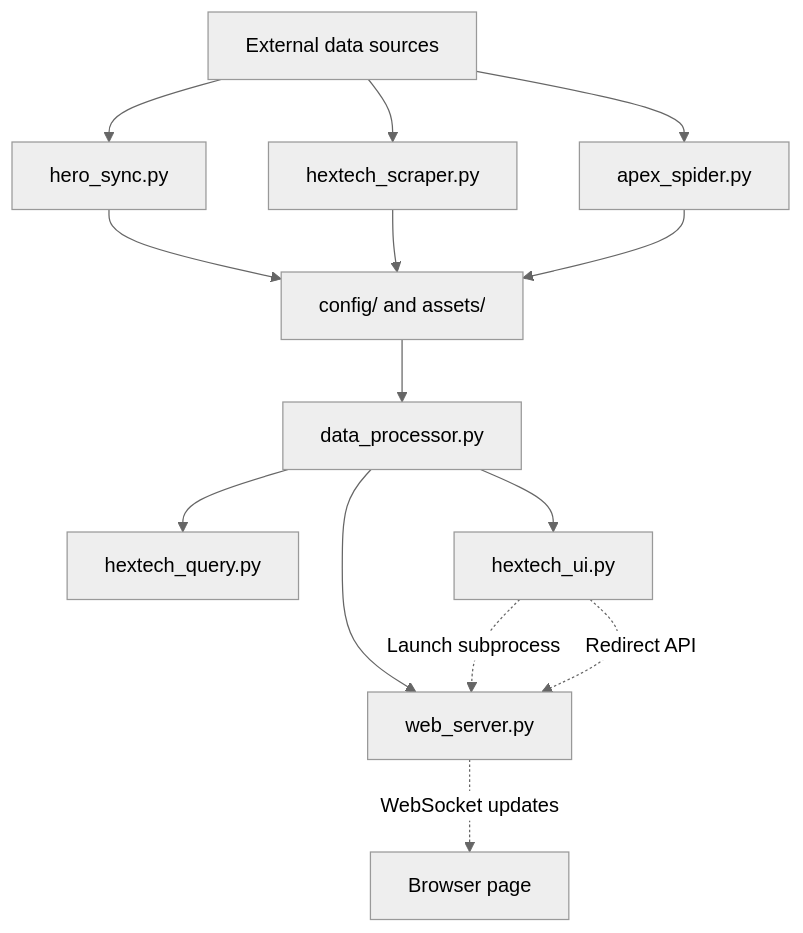
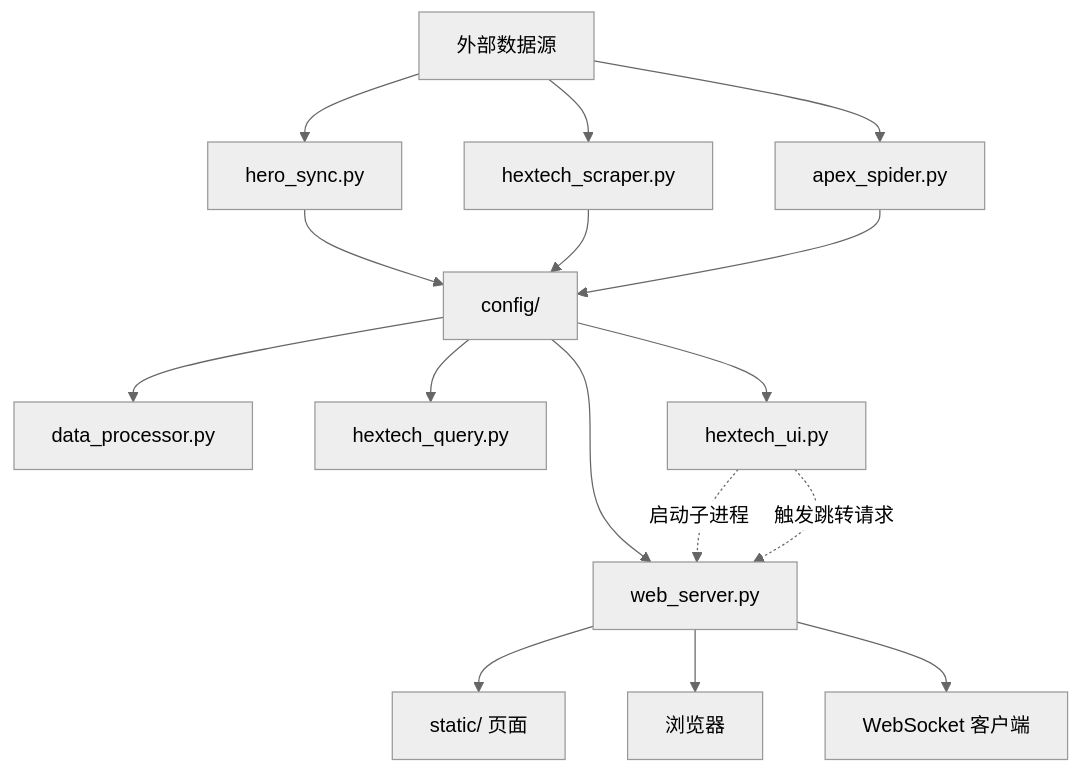
One commit to fadfasfa/claude-code-test changed the diagram in run/PROJECT.md. Above: the diagram before and after it, drawn with Mermaid (neutral theme). The commit also changed other lines of this file and 18 other files, not shown here.

Commit message:
Fix web UI startup and refresh project architecture docs

````diff
--- a/run/PROJECT.md
+++ b/run/PROJECT.md
@@ -14,16 +23,18 @@
 ```mermaid
 flowchart TD
-    A["External data sources"] --> B["hero_sync.py"]
+    A["外部数据源"] --> B["hero_sync.py"]
     A --> C["hextech_scraper.py"]
     A --> D["apex_spider.py"]
-    B --> E["config/ and assets/"]
+    B --> E["config/"]
     C --> E
     D --> E
     E --> F["data_processor.py"]
-    F --> G["web_server.py"]
-    F --> H["hextech_query.py"]
-    F --> I["hextech_ui.py"]
-    I -. "Launch subprocess" .-> G
-    I -. "Redirect API" .-> G
-    G -. "WebSocket updates" .-> J["Browser page"]
+    E --> G["hextech_query.py"]
+    E --> H["web_server.py"]
+    E --> I["hextech_ui.py"]
+    I -. 启动子进程 .-> H
+    I -. 触发跳转请求 .-> H
+    H --> J["static/ 页面"]
+    H --> K["浏览器"]
+    H --> L["WebSocket 客户端"]
 ```
````
